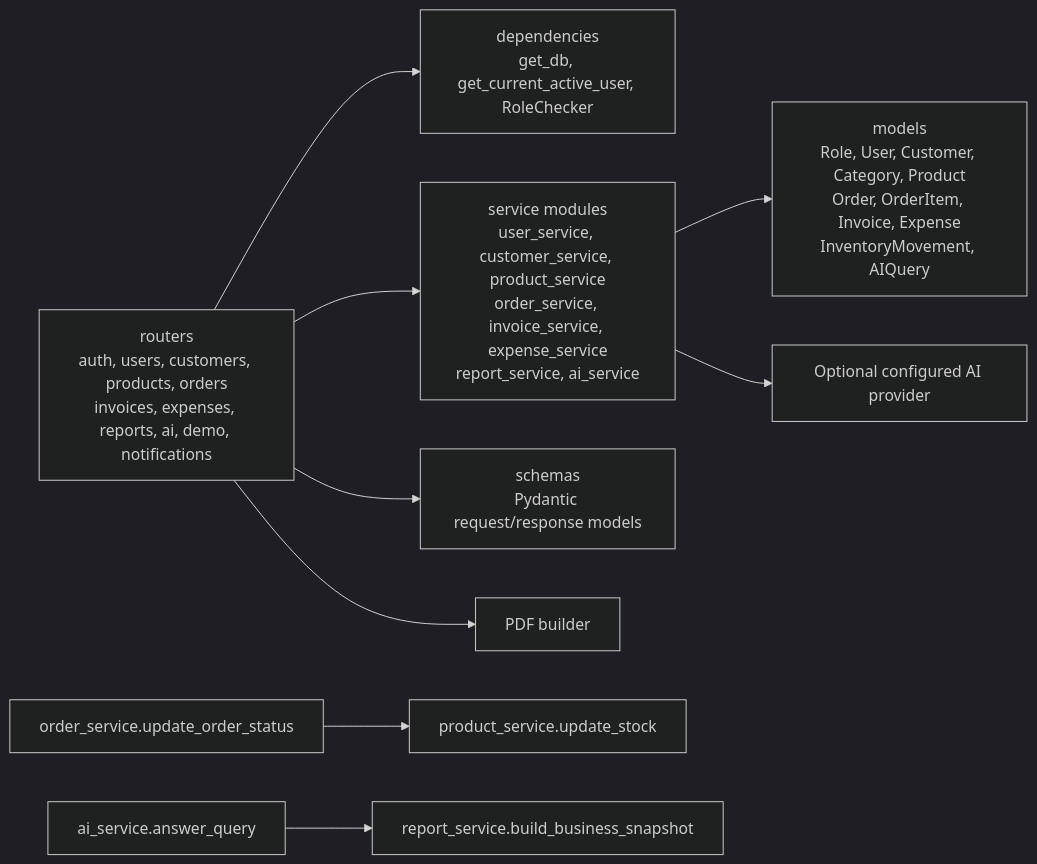
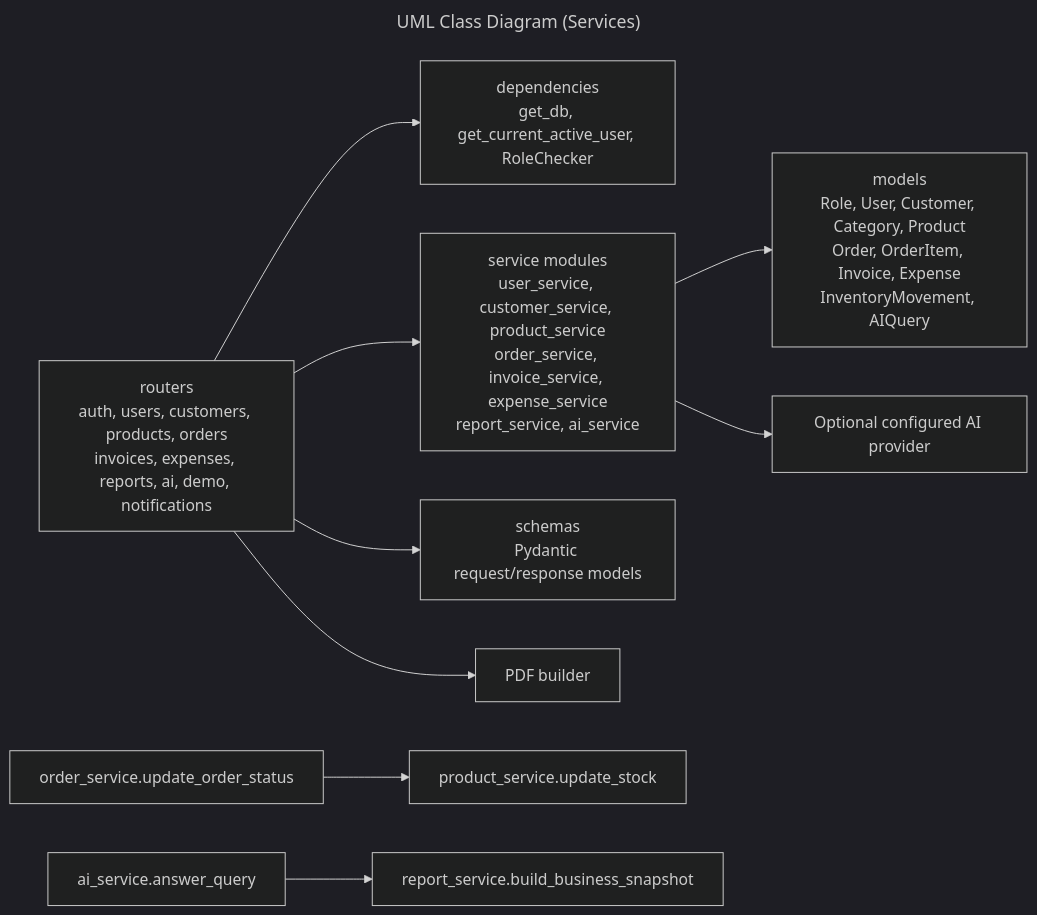
The diagram in docs/design-diagrams/12-class-diagram-services.mmd (hyperS777/BizAI), drawn with Mermaid (dark theme) before and after one commit. The commit also changed 22 other files, not shown here.

First line of the commit message:
docs: correct all 12 Mermaid diagram sources to match implementation

```diff
--- a/docs/design-diagrams/12-class-diagram-services.mmd
+++ b/docs/design-diagrams/12-class-diagram-services.mmd
@@ -1,18 +1,21 @@
+---
+title: UML Class Diagram (Services)
+---
 %% This is a UML package/component dependency diagram, not a class diagram:
 %% the implementation exposes module-level functions rather than service classes.
 flowchart LR
   R["routers\nauth, users, customers, products, orders\ninvoices, expenses, reports, ai, demo, notifications"]
   D["dependencies\nget_db, get_current_active_user, RoleChecker"]
   S["service modules\nuser_service, customer_service, product_service\norder_service, invoice_service, expense_service\nreport_service, ai_service"]
   M["models\nRole, User, Customer, Category, Product\nOrder, OrderItem, Invoice, Expense\nInventoryMovement, AIQuery"]
   X["schemas\nPydantic request/response models"]
   P["PDF builder"]
   G["Optional configured AI provider"]
   R --> D
   R --> X
   R --> S
   S --> M
   R --> P
   S --> G
   O["order_service.update_order_status"] --> PS["product_service.update_stock"]
   A["ai_service.answer_query"] --> RS["report_service.build_business_snapshot"]
```
